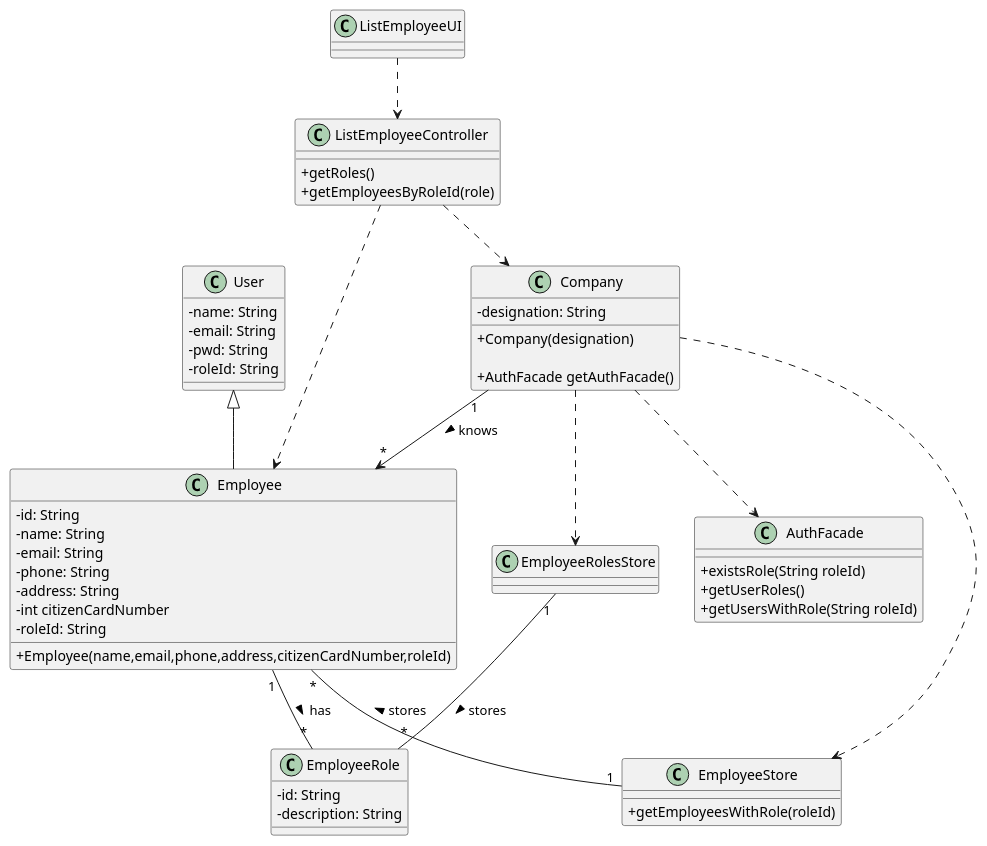
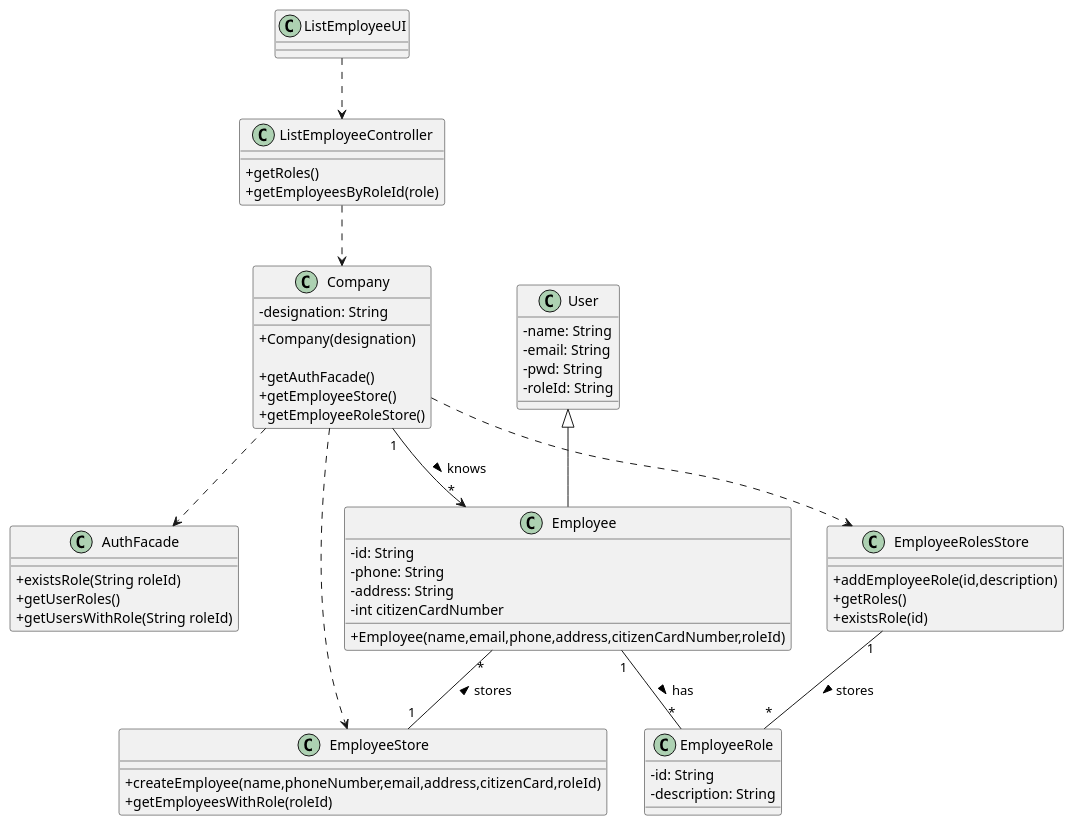
One commit to miseEnPlace-i/lapr2 changed the diagram in docs/SprintB/US11/CD/US11_CD.puml. Above: the diagram before and after it, drawn with PlantUML. The commit also changed 8 other files, not shown here.

```diff
--- a/docs/SprintB/US11/CD/US11_CD.puml
+++ b/docs/SprintB/US11/CD/US11_CD.puml
@@ -1,67 +1,72 @@
 @startuml
 skinparam classAttributeIconSize 0
 
 class User {
   -name: String
   -email: String
   -pwd: String
   -roleId: String
 }
 
 class Employee {
   -id: String
-  -name: String
-  -email: String
   -phone: String
   -address: String
   -int citizenCardNumber
-  -roleId: String
   
   +Employee(name,email,phone,address,citizenCardNumber,roleId)
 }
 
 class Company {
   -designation: String
   +Company(designation)
 
-  + AuthFacade getAuthFacade()
+  +getAuthFacade()
+  +getEmployeeStore()
+  +getEmployeeRoleStore()
 }
 
 class AuthFacade {
   +existsRole(String roleId)
   +getUserRoles()
   +getUsersWithRole(String roleId)
 }
 
 class EmployeeStore {
+  +createEmployee(name,phoneNumber,email,address,citizenCard,roleId)
   +getEmployeesWithRole(roleId)
 }
 
 class ListEmployeeController {
   +getRoles()
   +getEmployeesByRoleId(role)
 }
 
 class EmployeeRole {
   -id: String
   -description: String
 }
 
 class ListEmployeeUI {}
 
+class EmployeeRolesStore {
+  +addEmployeeRole(id,description)
+  +getRoles()
+  +existsRole(id)
+}
+
 ListEmployeeUI ..> ListEmployeeController
-ListEmployeeController ..> Employee
 ListEmployeeController ..> Company
 
 Company ..> AuthFacade
 Company ..> EmployeeStore
 Employee "*" -- "1" EmployeeStore : stores <
 Company "1" --> "*" Employee : knows >
 
 EmployeeRolesStore "1" -- "*" EmployeeRole : stores >
 Company ..> EmployeeRolesStore
 Employee "1" -- "*" EmployeeRole : has >
 
 User <|-- Employee 
 
 @enduml
```
